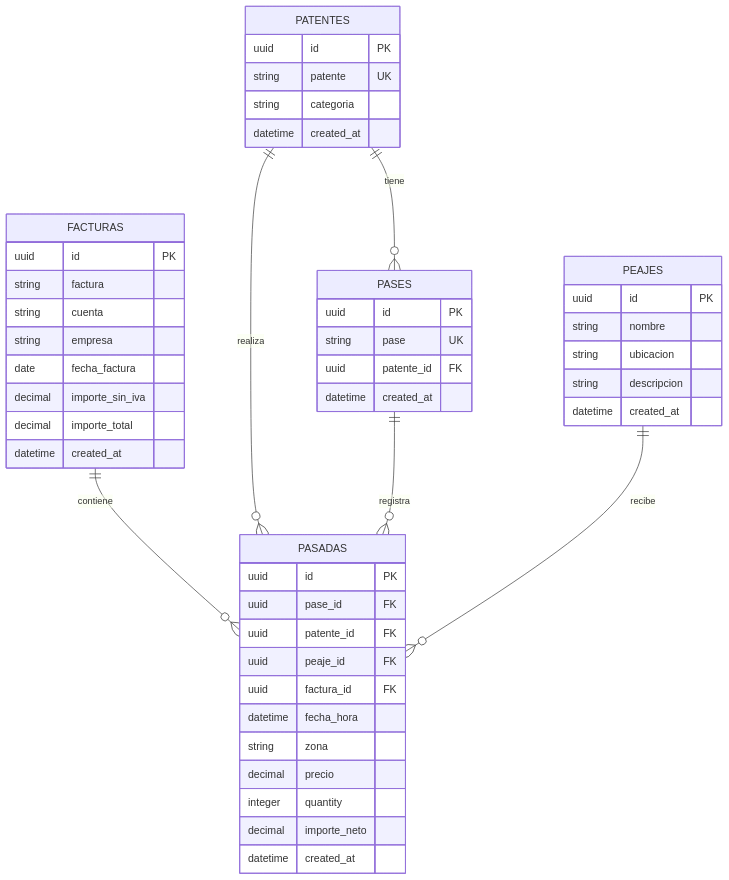
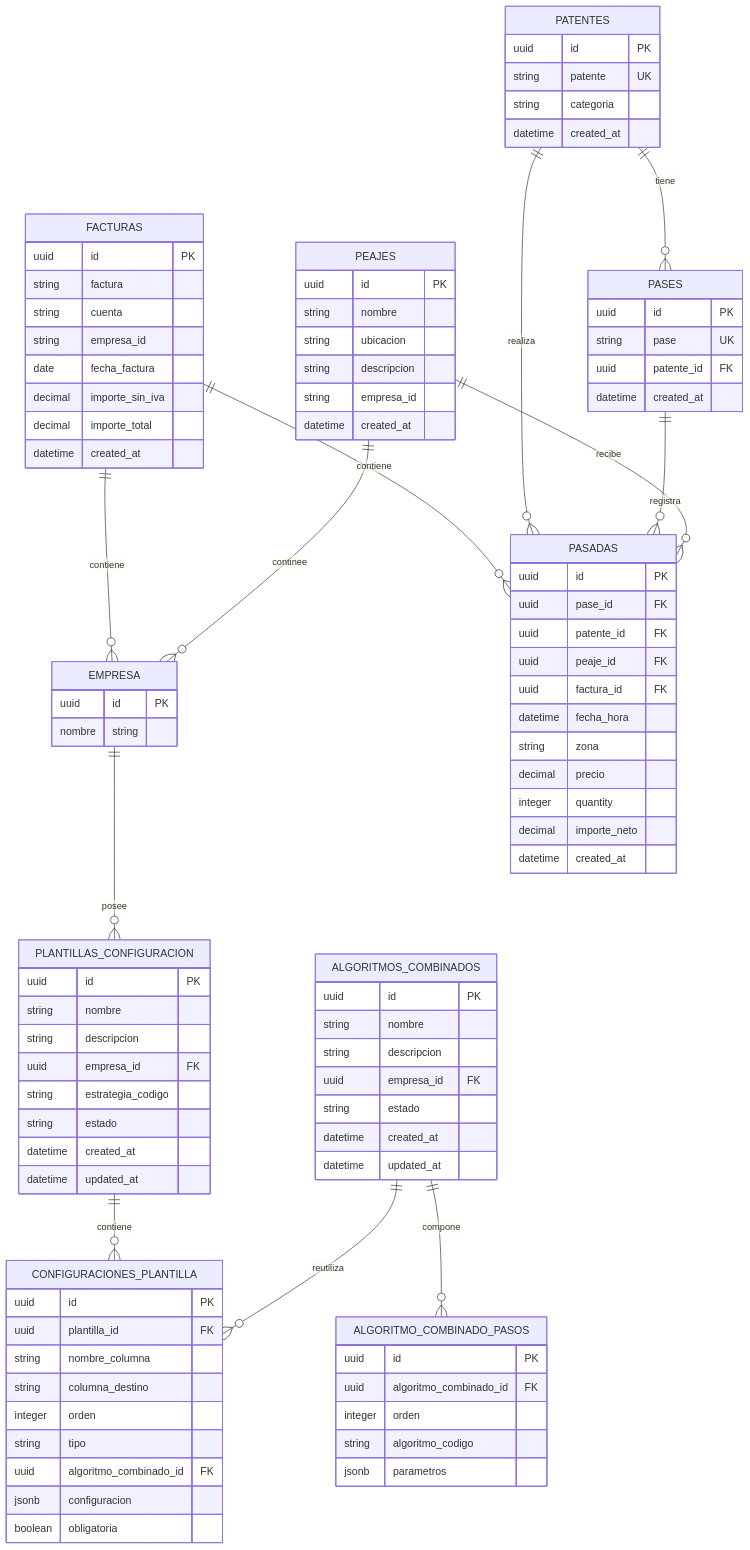
One commit to Briian3306/Transporte changed the third of 4 diagrams in ibarra-app/docs/plan/peaje-prd-es.md. Above: the diagram before and after it, drawn with Mermaid. The commit also changed other lines of this file and 2 other files, not shown here.

````diff
--- a/ibarra-app/docs/plan/peaje-prd-es.md
+++ b/ibarra-app/docs/plan/peaje-prd-es.md
@@ -1043,16 +1186,61 @@
 ```mermaid
+
 erDiagram
     FACTURAS {
         uuid id PK
         string factura
         string cuenta
-        string empresa
+        string empresa_id
         date fecha_factura
         decimal importe_sin_iva
         decimal importe_total
         datetime created_at
     }
 
+    PLANTILLAS_CONFIGURACION {
+        uuid id PK
+        string nombre
+        string descripcion
+        uuid empresa_id FK
+        string estrategia_codigo
+        string estado
+        datetime created_at
+        datetime updated_at
+    }
+
+    CONFIGURACIONES_PLANTILLA {
+        uuid id PK
+        uuid plantilla_id FK
+        string nombre_columna
+        string columna_destino
+        integer orden
+        string tipo
+        uuid algoritmo_combinado_id FK
+        jsonb configuracion
+        boolean obligatoria
+    }
+
+    ALGORITMOS_COMBINADOS {
+        uuid id PK
+        string nombre
+        string descripcion
+        uuid empresa_id FK
+        string estado
+        datetime created_at
+        datetime updated_at
+    }
+
+    ALGORITMO_COMBINADO_PASOS {
+        uuid id PK
+        uuid algoritmo_combinado_id FK
+        integer orden
+        string algoritmo_codigo
+        jsonb parametros
+    }
+    EMPRESA {
+        uuid id PK
+        nombre string
+    }
     PATENTES {
         uuid id PK
         string patente UK
@@ -1072,6 +1260,7 @@
         string nombre
         string ubicacion
         string descripcion
+        string empresa_id
         datetime created_at
     }
 
@@ -1089,9 +1278,16 @@
         datetime created_at
     }
 
+    FACTURAS ||--o{ EMPRESA : "contiene"
     FACTURAS ||--o{ PASADAS : "contiene"
     PATENTES ||--o{ PASES : "tiene"
     PATENTES ||--o{ PASADAS : "realiza"
     PASES ||--o{ PASADAS : "registra"
     PEAJES ||--o{ PASADAS : "recibe"
+    PEAJES ||--o{ EMPRESA : "continee"
+    EMPRESA ||--o{ PLANTILLAS_CONFIGURACION : "posee"
+    PLANTILLAS_CONFIGURACION ||--o{ CONFIGURACIONES_PLANTILLA : "contiene"
+    ALGORITMOS_COMBINADOS ||--o{ ALGORITMO_COMBINADO_PASOS : "compone"
+    ALGORITMOS_COMBINADOS ||--o{ CONFIGURACIONES_PLANTILLA : "reutiliza"
+
 ```
````
